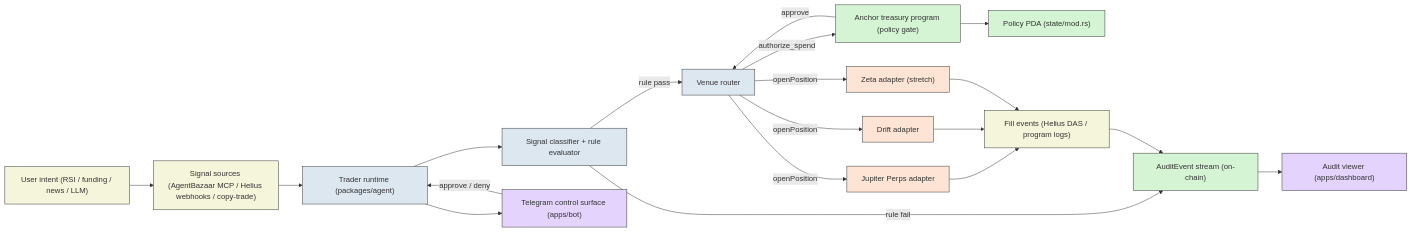
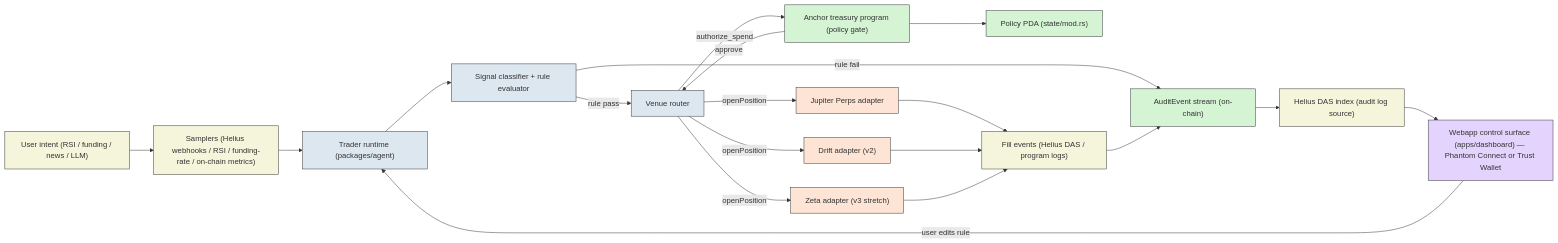
The diagram in docs/architecture.md (Therealratoshen/trade-on-my-behalf), drawn with Mermaid before and after one commit. The commit also changed other lines of this file and 33 other files, not shown here.

````diff
--- a/docs/architecture.md
+++ b/docs/architecture.md
@@ -22,46 +24,46 @@
 ```mermaid
 flowchart LR
     classDef ext fill:#f5f5dc,stroke:#333,stroke-width:1px;
     classDef runtime fill:#dde7f0,stroke:#333,stroke-width:1px;
     classDef chain fill:#d4f4d4,stroke:#333,stroke-width:1px;
     classDef venue fill:#fde4d4,stroke:#333,stroke-width:1px;
     classDef ui fill:#e4d4fd,stroke:#333,stroke-width:1px;
 
     user["User intent (RSI / funding / news / LLM)"]:::ext
-    signals["Signal sources (AgentBazaar MCP / Helius webhooks / copy-trade)"]:::ext
+    signals["Samplers (Helius webhooks / RSI / funding-rate / on-chain metrics)"]:::ext
 
     runtime["Trader runtime (packages/agent)"]:::runtime
     classifier["Signal classifier + rule evaluator"]:::runtime
     router["Venue router"]:::runtime
 
     policy["Anchor treasury program (policy gate)"]:::chain
     policyState["Policy PDA (state/mod.rs)"]:::chain
     audit["AuditEvent stream (on-chain)"]:::chain
 
     venueJ["Jupiter Perps adapter"]:::venue
-    venueD["Drift adapter"]:::venue
-    venueZ["Zeta adapter (stretch)"]:::venue
+    venueD["Drift adapter (v2)"]:::venue
+    venueZ["Zeta adapter (v3 stretch)"]:::venue
 
     fills["Fill events (Helius DAS / program logs)"]:::ext
-    dashboard["Audit viewer (apps/dashboard)"]:::ui
-    telegram["Telegram control surface (apps/bot)"]:::ui
+    webapp["Webapp control surface (apps/dashboard) — Phantom Connect or Trust Wallet"]:::ui
+    helius["Helius DAS index (audit log source)"]:::ext
 
     user --> signals
     signals --> runtime
     runtime --> classifier
     classifier -->|rule pass| router
     classifier -->|rule fail| audit
     router -->|authorize_spend| policy
     policy --> policyState
     policy -->|approve| router
     router -->|openPosition| venueJ
     router -->|openPosition| venueD
     router -->|openPosition| venueZ
     venueJ --> fills
     venueD --> fills
     venueZ --> fills
     fills --> audit
-    audit --> dashboard
-    runtime --> telegram
-    telegram -->|approve / deny| runtime
+    audit --> helius
+    helius --> webapp
+    webapp -->|user edits rule| runtime
 ```
````
